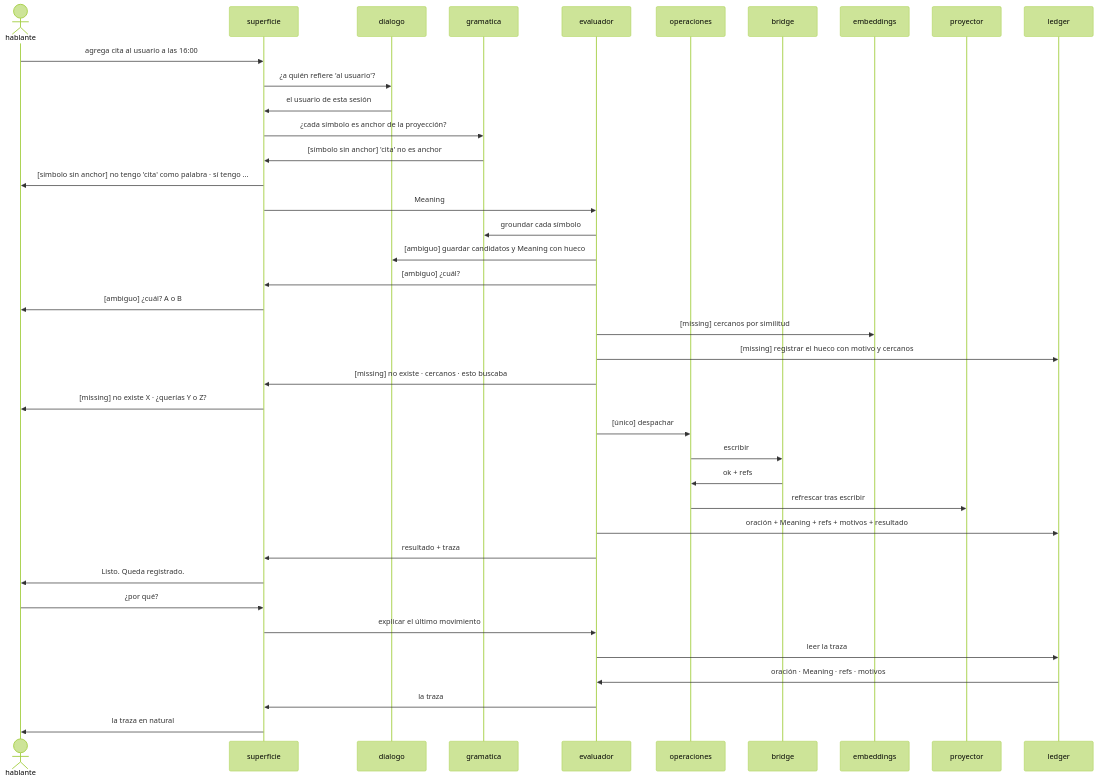
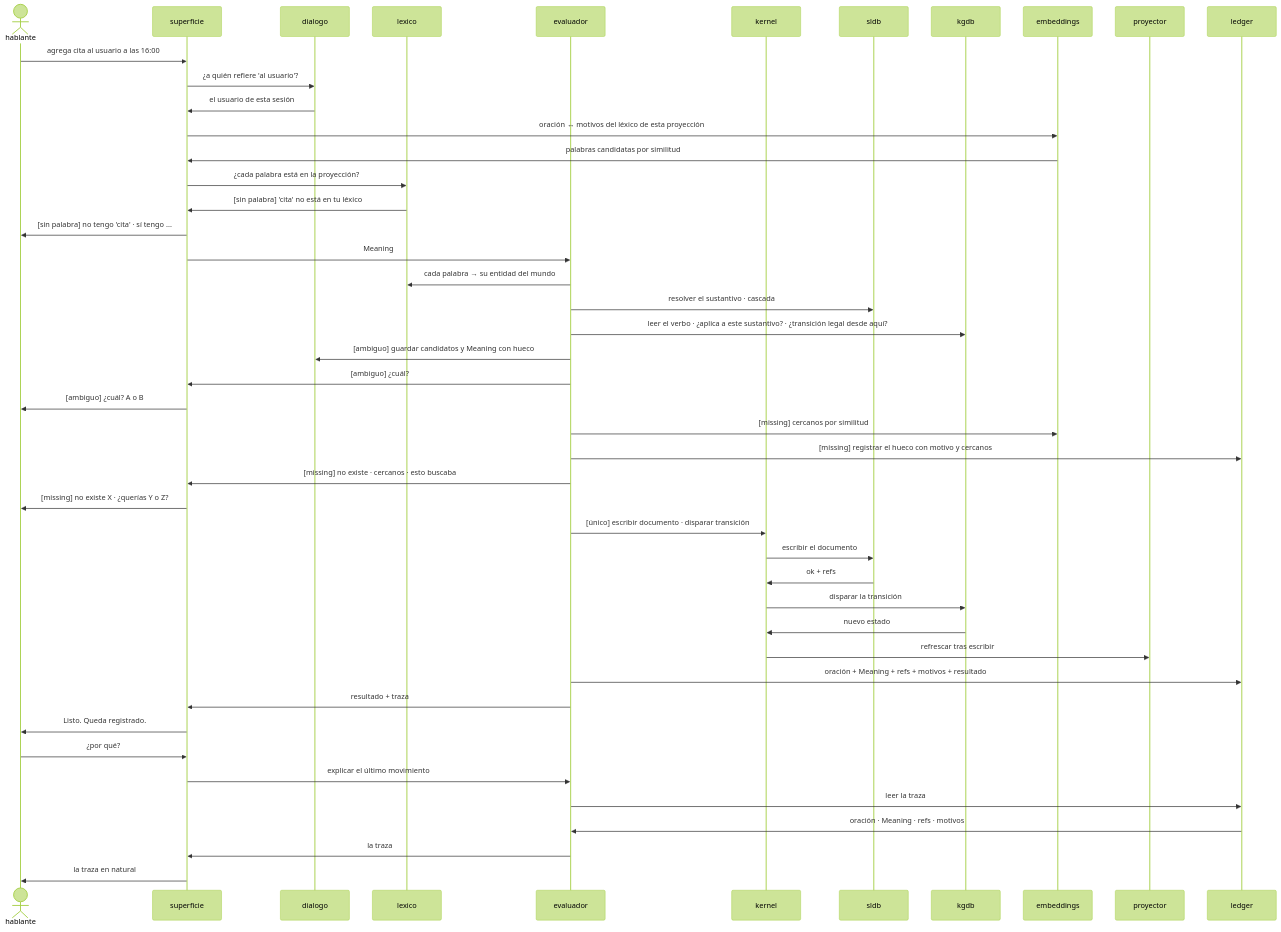
Before and after one commit to jpcosec/pron: the diagram in views/spec2viz/out/mermaid/target.turno.mmd, drawn with Mermaid (forest theme). The commit also changed 9 other files, not shown here.

```diff
--- a/views/spec2viz/out/mermaid/target.turno.mmd
+++ b/views/spec2viz/out/mermaid/target.turno.mmd
@@ -1,39 +1,46 @@
 sequenceDiagram
     actor hablante
     participant superficie
     participant dialogo
-    participant gramatica
+    participant lexico
     participant evaluador
-    participant operaciones
-    participant bridge
+    participant kernel
+    participant sldb
+    participant kgdb
     participant embeddings
     participant proyector
     participant ledger
     hablante->>superficie: agrega cita al usuario a las 16:00
     superficie->>dialogo: ¿a quién refiere 'al usuario'?
     dialogo->>superficie: el usuario de esta sesión
-    superficie->>gramatica: ¿cada símbolo es anchor de la proyección?
-    gramatica->>superficie: [símbolo sin anchor] 'cita' no es anchor
-    superficie->>hablante: [símbolo sin anchor] no tengo 'cita' como palabra · sí tengo ...
+    superficie->>embeddings: oración ↔ motivos del léxico de esta proyección
+    embeddings->>superficie: palabras candidatas por similitud
+    superficie->>lexico: ¿cada palabra está en la proyección?
+    lexico->>superficie: [sin palabra] 'cita' no está en tu léxico
+    superficie->>hablante: [sin palabra] no tengo 'cita' · sí tengo ...
     superficie->>evaluador: Meaning
-    evaluador->>gramatica: groundar cada símbolo
+    evaluador->>lexico: cada palabra → su entidad del mundo
+    evaluador->>sldb: resolver el sustantivo · cascada
+    evaluador->>kgdb: leer el verbo · ¿aplica a este sustantivo? · ¿transición legal desde aquí?
     evaluador->>dialogo: [ambiguo] guardar candidatos y Meaning con hueco
     evaluador->>superficie: [ambiguo] ¿cuál?
     superficie->>hablante: [ambiguo] ¿cuál? A o B
     evaluador->>embeddings: [missing] cercanos por similitud
     evaluador->>ledger: [missing] registrar el hueco con motivo y cercanos
     evaluador->>superficie: [missing] no existe · cercanos · esto buscaba
     superficie->>hablante: [missing] no existe X · ¿querías Y o Z?
-    evaluador->>operaciones: [único] despachar
-    operaciones->>bridge: escribir
-    bridge->>operaciones: ok + refs
-    operaciones->>proyector: refrescar tras escribir
+    evaluador->>kernel: [único] escribir documento · disparar transición
+    kernel->>sldb: escribir el documento
+    sldb->>kernel: ok + refs
+    kernel->>kgdb: disparar la transición
+    kgdb->>kernel: nuevo estado
+    kernel->>proyector: refrescar tras escribir
     evaluador->>ledger: oración + Meaning + refs + motivos + resultado
     evaluador->>superficie: resultado + traza
     superficie->>hablante: Listo. Queda registrado.
     hablante->>superficie: ¿por qué?
     superficie->>evaluador: explicar el último movimiento
     evaluador->>ledger: leer la traza
     ledger->>evaluador: oración · Meaning · refs · motivos
     evaluador->>superficie: la traza
     superficie->>hablante: la traza en natural
```
